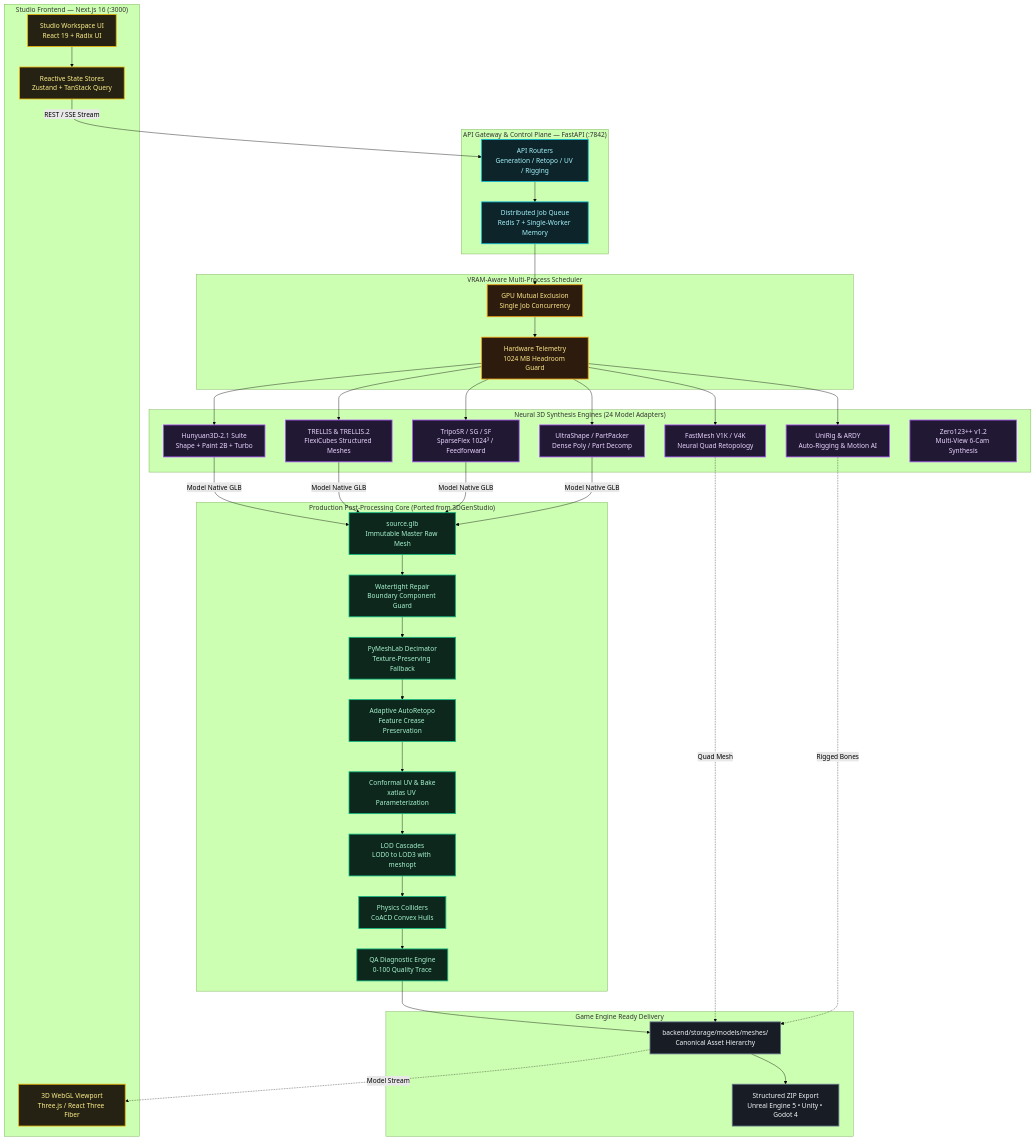
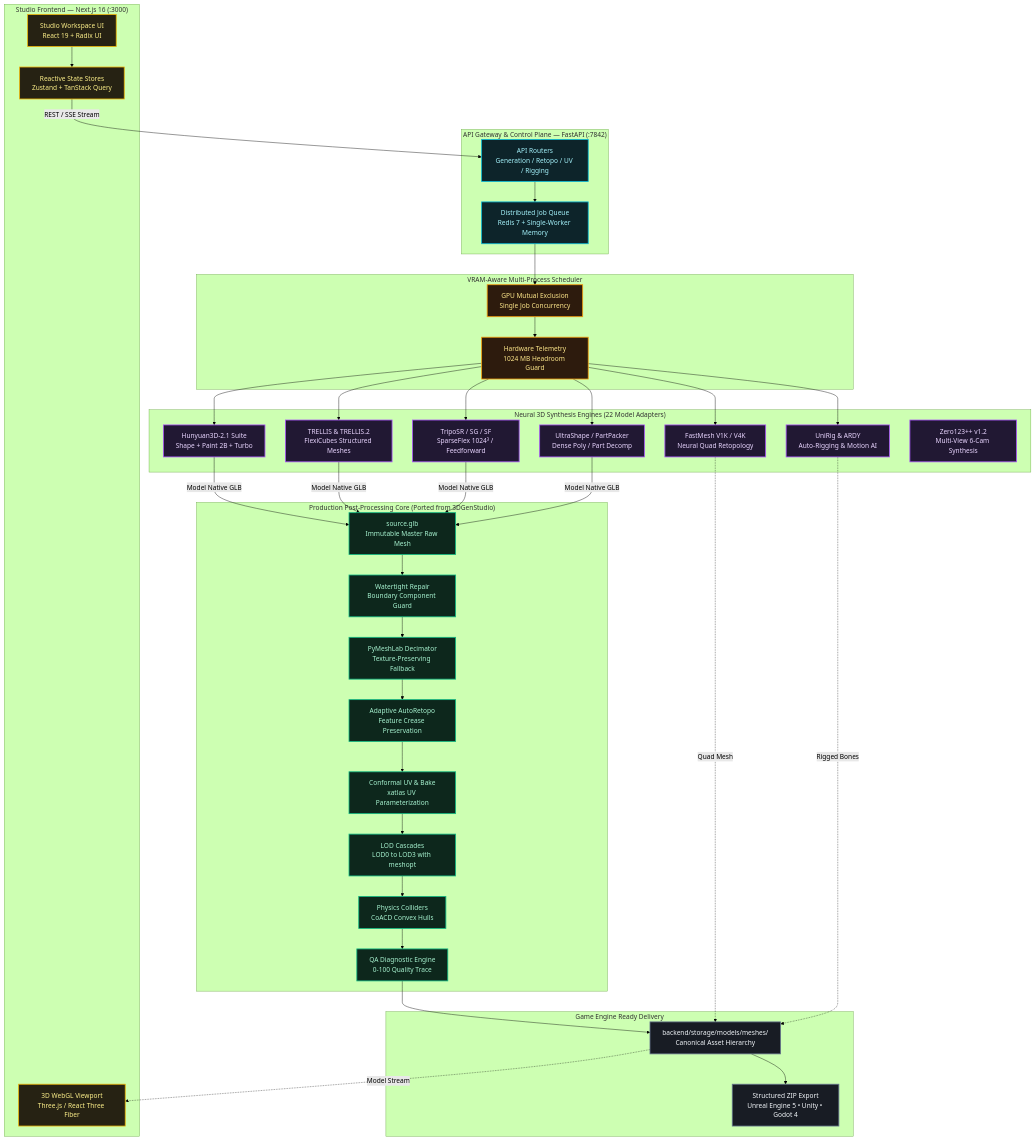
One commit to Silentzx2/ForMash3D changed the diagram in README.md. Above: the diagram before and after it, drawn with Mermaid (forest theme). The commit also changed other lines of this file and 27 other files, not shown here.

```diff
--- a/README.md
+++ b/README.md
@@ -138,7 +138,7 @@
         MONITOR["Hardware Telemetry<br/>1024 MB Headroom Guard"]:::amber
     end
 
-    subgraph Engines["Neural 3D Synthesis Engines (24 Model Adapters)"]
+    subgraph Engines["Neural 3D Synthesis Engines (22 Model Adapters)"]
         HUNYUAN["Hunyuan3D-2.1 Suite<br/>Shape + Paint 2B + Turbo"]:::purple
         TRELLIS["TRELLIS & TRELLIS.2<br/>FlexiCubes Structured Meshes"]:::purple
         TRIPO["TripoSR / SG / SF<br/>SparseFlex 1024³ / Feedforward"]:::purple
```
